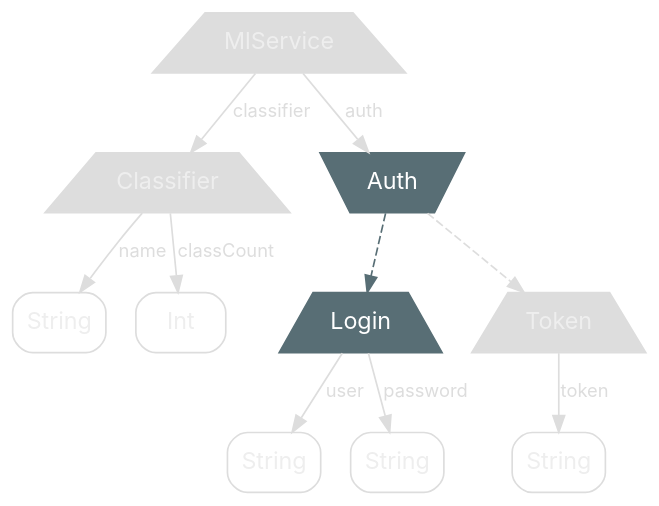
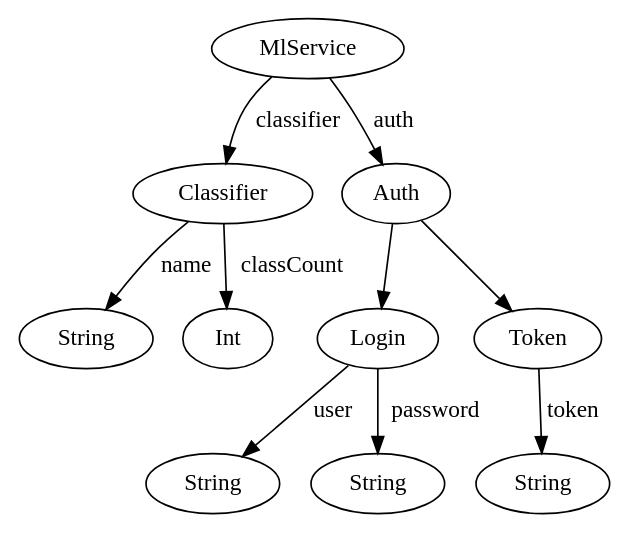
The diagram in src/graphviz/auth-login.dot (nrinaudo/optics-from-the-ground-up), drawn with Graphviz before and after one commit. The commit also changed 24 other files, not shown here.

Commit message:
Rework diagrams to use stylesheets

```diff
--- a/src/graphviz/auth-login.dot
+++ b/src/graphviz/auth-login.dot
@@ -1,42 +1,30 @@
 digraph {
-    bgcolor=transparent
+    mlService[label=MlService class="product,disabled"]
 
-    // Default theme
-    node[shape="rectangle" style="rounded,filled" color="#586E75" fillcolor="#ffffff" fontcolor="#586E75" fontname="Inter,Arial"]
-    edge[color="#586E75" fontcolor="#586E75" fontname="Inter,Arial" fontsize=11]
+    classifier[label=Classifier class="product,disabled"]
+    classifier_name[label=String class="disabled"]
+    classifier_classCount[label=Int class="disabled"]
 
-    // product types
-    mlService, classifier, login, token [shape=trapezium style=filled fontcolor="#FFFFFF" fillcolor="#586E75"]
+    auth[label=Auth class="sum"]
 
-    // sum types
-    auth[shape=invtrapezium, style=filled fontcolor="#FFFFFF" fillcolor="#586E75"]
+    login[label=Login class="product"]
+    login_user[label=String class="disabled"]
+    login_password[label=String class="disabled"]
 
-    mlService[label=MlService fillcolor="#dddddd" color="#dddddd" fontcolor="#eeeeee"]
+    token[label=Token class="product,disabled"]
+    token_token[label=String class="disabled"]
 
-    classifier[label=Classifier fillcolor="#dddddd" color="#dddddd" fontcolor="#eeeeee"]
-    classifier_name[label=String shape=box color="#dddddd" fontcolor="#eeeeee"]
-    classifier_classCount[label=Int shape=box color="#dddddd" fontcolor="#eeeeee"]
+    mlService -> classifier [label=classifier class="disabled"]
+    mlService -> auth [label=auth class="disabled"]
 
-    auth[label=Auth]
+    classifier -> classifier_name [label=name class="disabled"]
+    classifier -> classifier_classCount [label=classCount class="disabled"]
 
-    login[label=Login]
-    login_user[label=String shape=box color="#dddddd" fontcolor="#eeeeee"]
-    login_password[label=String shape=box color="#dddddd" fontcolor="#eeeeee"]
+    token -> token_token [label=token class="disabled"]
 
-    token[label=Token fillcolor="#dddddd" color="#dddddd" fontcolor="#eeeeee"]
-    token_token[label=String shape=box color="#dddddd" fontcolor="#eeeeee"]
+    login -> login_user [label=user class="disabled"]
+    login -> login_password [label=password class="disabled"]
 
-    mlService -> classifier[label=classifier color="#dddddd" fontcolor="#dddddd"]
-    mlService -> auth[label=auth color="#dddddd" fontcolor="#dddddd"]
-
-    classifier -> classifier_name[label=name color="#dddddd" fontcolor="#dddddd"]
-    classifier -> classifier_classCount[label=classCount color="#dddddd" fontcolor="#dddddd"]
-
-    token -> token_token[label=token color="#dddddd" fontcolor="#dddddd"]
-
-    login -> login_user[label=user color="#dddddd" fontcolor="#dddddd"]
-    login -> login_password[label=password color="#dddddd" fontcolor="#dddddd"]
-
-    auth -> token[style=dashed color="#dddddd" fontcolor="#dddddd"]
-    auth -> login[style=dashed]
+    auth -> token[class="value,disabled"]
+    auth -> login[class="value"]
 }
```
